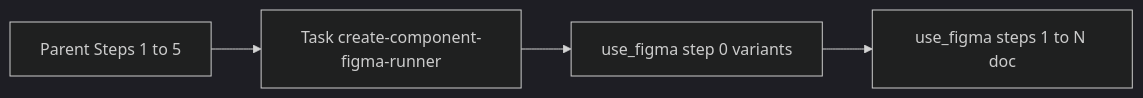
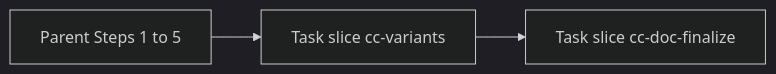
The diagram in skills/create-component/conventions/08-cursor-composer-mcp.md (JBabcock-DL/DesignOps-plugin), drawn with Mermaid (dark theme) before and after one commit. The commit also changed other lines of this file and 19 other files, not shown here.

````diff
--- a/skills/create-component/conventions/08-cursor-composer-mcp.md
+++ b/skills/create-component/conventions/08-cursor-composer-mcp.md
@@ -54,10 +76,8 @@
 ```mermaid
 flowchart LR
   parent[Parent Steps 1 to 5]
-  taskNode[Task create-component-figma-runner]
-  mcp0[use_figma step 0 variants]
-  mcpN[use_figma steps 1 to N doc]
-  parent --> taskNode
-  taskNode --> mcp0
-  mcp0 --> mcpN
+  t0[Task slice cc-variants]
+  t5[Task slice cc-doc-finalize]
+  parent --> t0
+  t0 --> t5
 ```
````
